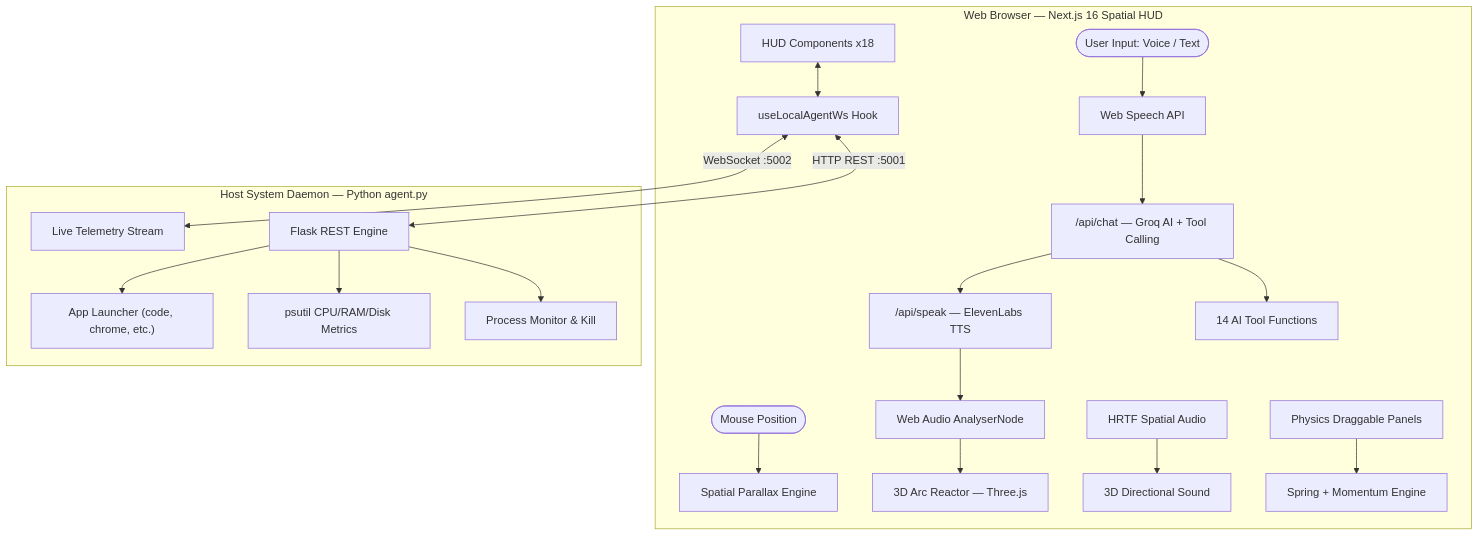
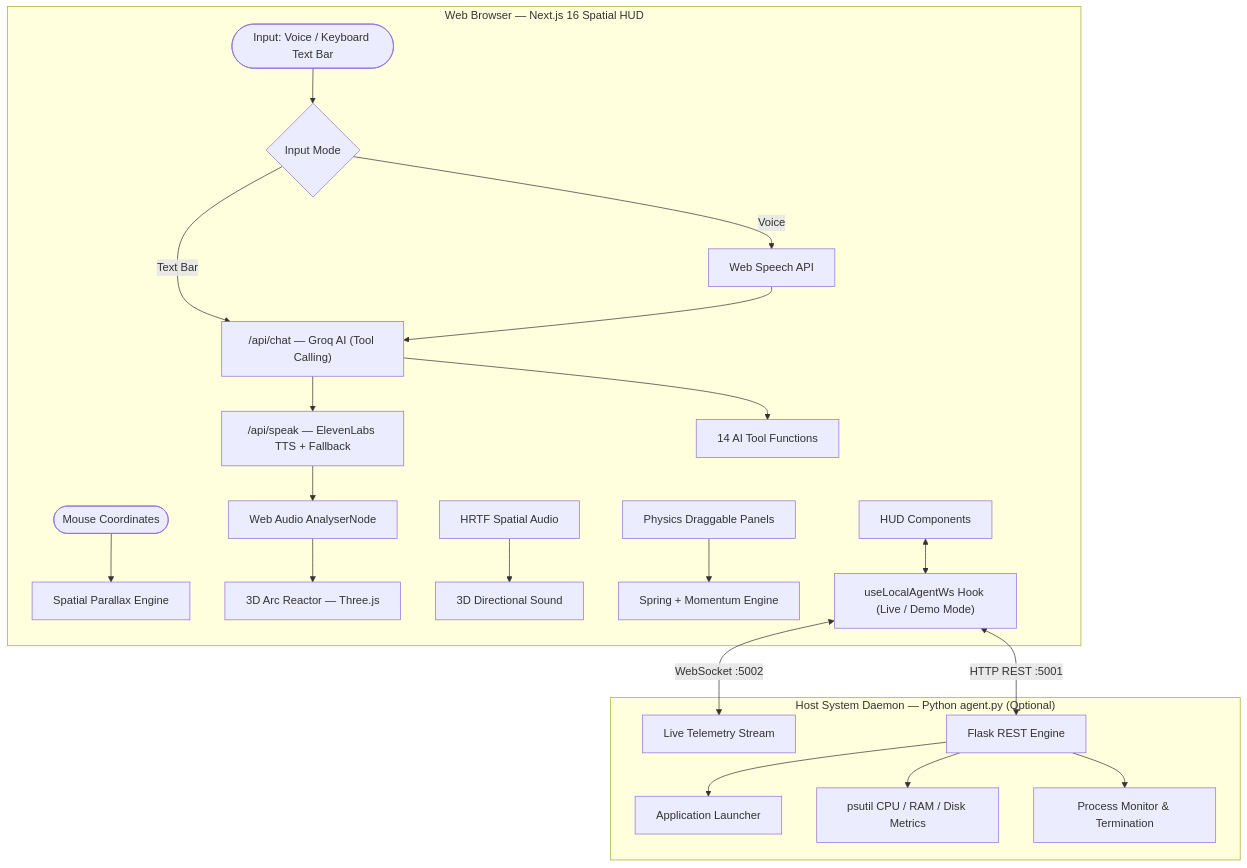
The diagram in README.md (nilanjanajui/jarvis), drawn with Mermaid before and after one commit. The commit also changed other lines of this file, not shown here.

````diff
--- a/README.md
+++ b/README.md
@@ -127,26 +62,29 @@
 ```mermaid
 graph TD
     subgraph Browser ["Web Browser — Next.js 16 Spatial HUD"]
-        User(["User Input: Voice / Text"]) --> Speech[Web Speech API]
-        Speech --> ChatRoute["/api/chat — Groq AI + Tool Calling"]
-        ChatRoute --> TTS["/api/speak — ElevenLabs TTS"]
+        User(["Input: Voice / Keyboard Text Bar"]) --> Routing{Input Mode}
+        Routing -->|Voice| Speech[Web Speech API]
+        Routing -->|Text Bar| ChatRoute["/api/chat — Groq AI (Tool Calling)"]
+        Speech --> ChatRoute
+        
+        ChatRoute --> TTS["/api/speak — ElevenLabs TTS + Fallback"]
         ChatRoute --> Tools["14 AI Tool Functions"]
-
-        Mouse(["Mouse Position"]) --> Parallax[Spatial Parallax Engine]
+        
+        Mouse(["Mouse Coordinates"]) --> Parallax[Spatial Parallax Engine]
         TTS --> AudioAnalyser[Web Audio AnalyserNode]
         AudioAnalyser --> Reactor["3D Arc Reactor — Three.js"]
-
+        
         SpatialAudio[HRTF Spatial Audio] --> PannerNode["3D Directional Sound"]
         Panels["Physics Draggable Panels"] --> Springs["Spring + Momentum Engine"]
-
-        UI["HUD Components x18"] <--> WsHook["useLocalAgentWs Hook"]
+        
+        UI["HUD Components"] <--> WsHook["useLocalAgentWs Hook (Live / Demo Mode)"]
     end
 
-    subgraph LocalOS ["Host System Daemon — Python agent.py"]
+    subgraph LocalOS ["Host System Daemon — Python agent.py (Optional)"]
         WsHook <-->|"WebSocket :5002"| WSIPC["Live Telemetry Stream"]
         WsHook <-->|"HTTP REST :5001"| REST["Flask REST Engine"]
-        REST --> Apps["App Launcher (code, chrome, etc.)"]
-        REST --> Stats["psutil CPU/RAM/Disk Metrics"]
-        REST --> Process["Process Monitor & Kill"]
+        REST --> Apps["Application Launcher"]
+        REST --> Stats["psutil CPU / RAM / Disk Metrics"]
+        REST --> Process["Process Monitor & Termination"]
     end
 ```
````
